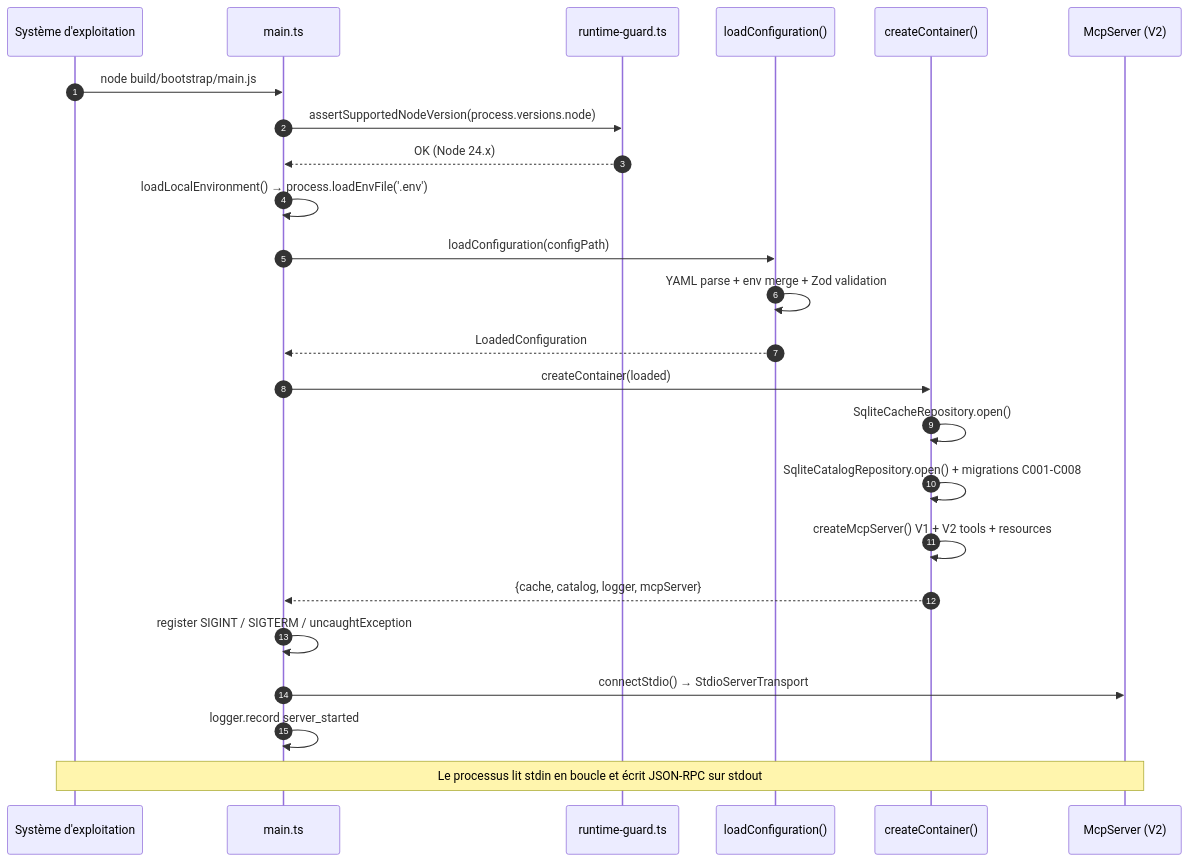
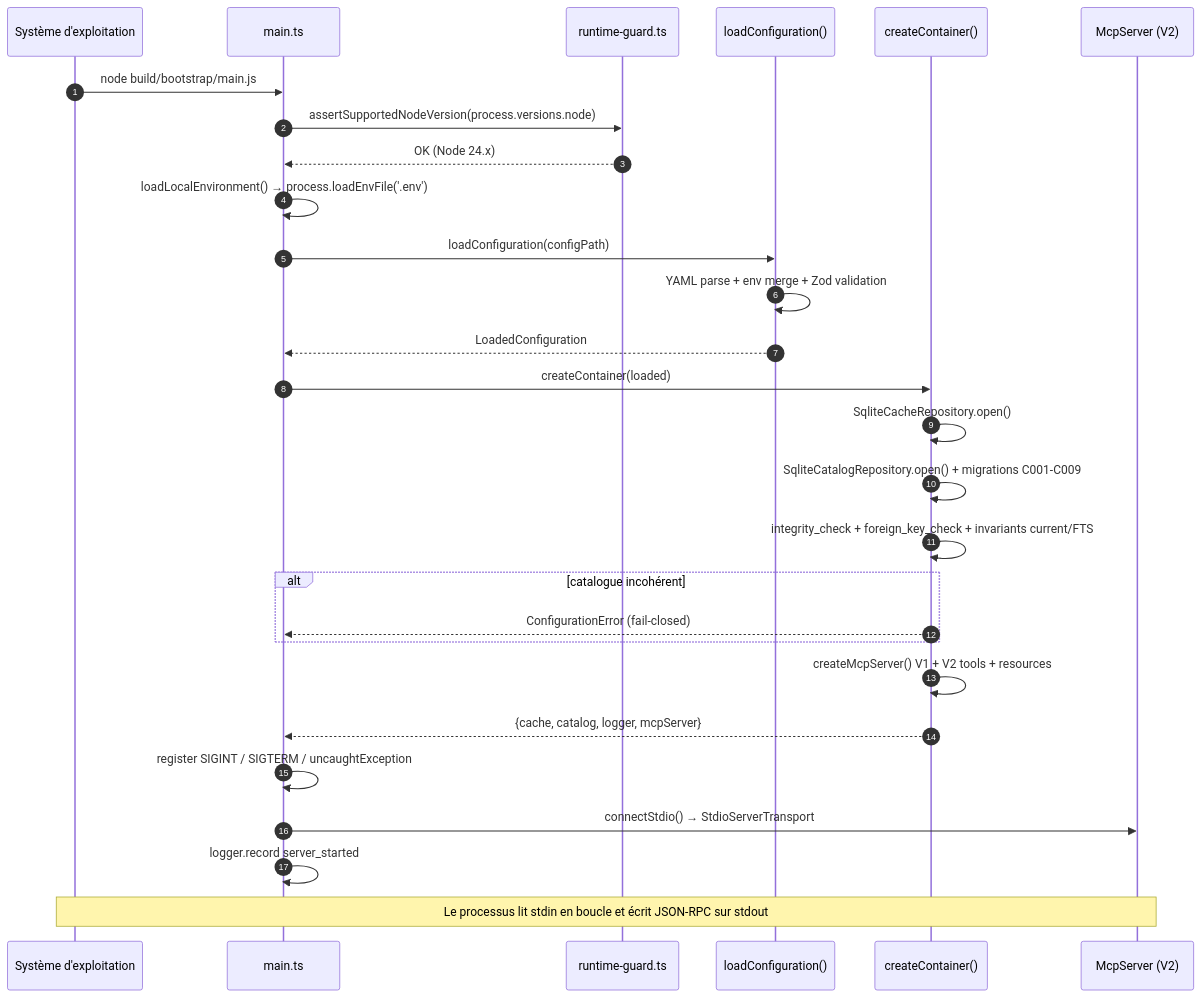
The sixth of 6 diagrams in docs/architecture/arc42/06-vue-execution.md (FTurleque/mcp-search-net), drawn with Mermaid before and after one commit. The commit also changed 13 other files, not shown here.

````diff
--- a/docs/architecture/arc42/06-vue-execution.md
+++ b/docs/architecture/arc42/06-vue-execution.md
@@ -167,27 +167,31 @@
 ```mermaid
 sequenceDiagram
     autonumber
     participant OS as Système d'exploitation
     participant Main as main.ts
     participant Guard as runtime-guard.ts
     participant Cfg as loadConfiguration()
     participant Cnt as createContainer()
     participant Srv as McpServer (V2)
 
     OS->>Main: node build/bootstrap/main.js
     Main->>Guard: assertSupportedNodeVersion(process.versions.node)
     Guard-->>Main: OK (Node 24.x)
     Main->>Main: loadLocalEnvironment() → process.loadEnvFile('.env')
     Main->>Cfg: loadConfiguration(configPath)
     Cfg->>Cfg: YAML parse + env merge + Zod validation
     Cfg-->>Main: LoadedConfiguration
     Main->>Cnt: createContainer(loaded)
     Cnt->>Cnt: SqliteCacheRepository.open()
-    Cnt->>Cnt: SqliteCatalogRepository.open() + migrations C001-C008
+    Cnt->>Cnt: SqliteCatalogRepository.open() + migrations C001-C009
+    Cnt->>Cnt: integrity_check + foreign_key_check + invariants current/FTS
+    alt catalogue incohérent
+        Cnt-->>Main: ConfigurationError (fail-closed)
+    end
     Cnt->>Cnt: createMcpServer() V1 + V2 tools + resources
     Cnt-->>Main: {cache, catalog, logger, mcpServer}
     Main->>Main: register SIGINT / SIGTERM / uncaughtException
     Main->>Srv: connectStdio() → StdioServerTransport
     Main->>Main: logger.record server_started
     Note over Srv,OS: Le processus lit stdin en boucle et écrit JSON-RPC sur stdout
 ```
````
